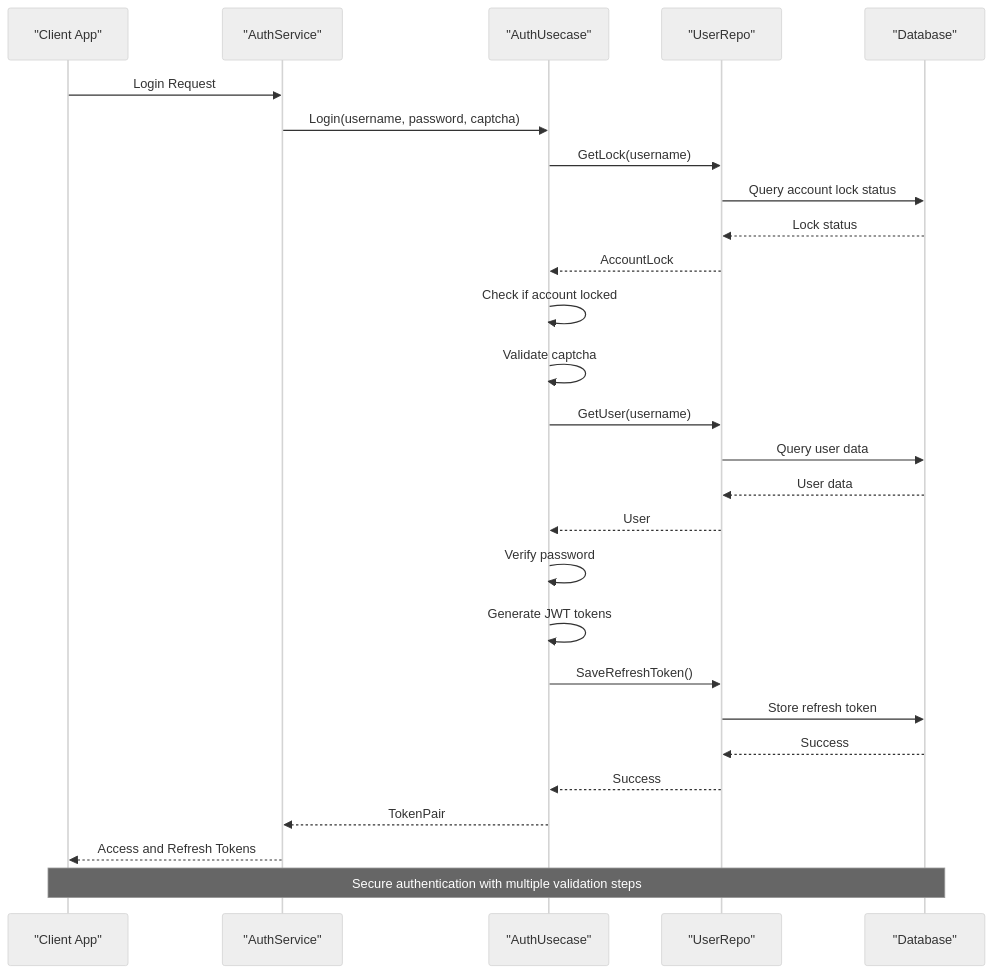
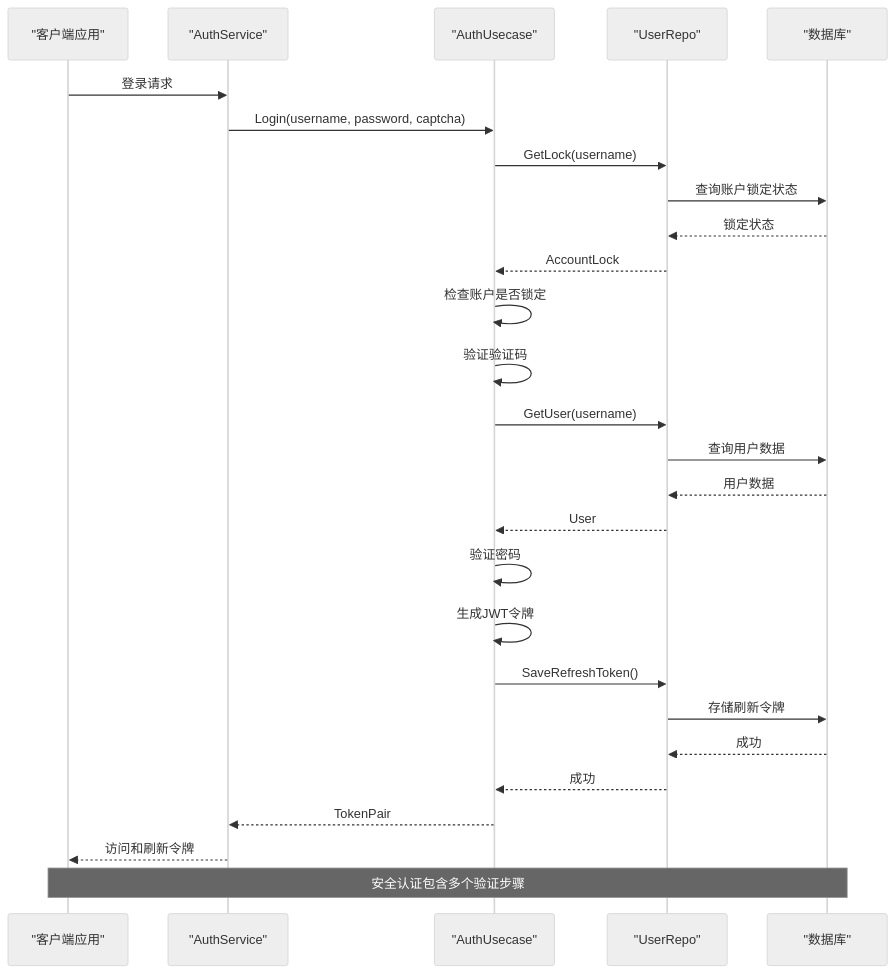
The sixth of 6 diagrams in .qoder/repowiki/zh/content/Security Considerations/Authentication Flow Security.md (26huitailang/kratos-boilerplate), drawn with Mermaid (neutral theme) before and after one commit. The commit also changed other lines of this file and 31 other files, not shown here.

````diff
--- a/.qoder/repowiki/zh/content/Security Considerations/Authentication Flow Security.md
+++ b/.qoder/repowiki/zh/content/Security Considerations/Authentication Flow Security.md
@@ -321,29 +329,29 @@
 ```mermaid
 sequenceDiagram
-participant Client as "Client App"
+participant Client as "客户端应用"
 participant AuthService as "AuthService"
 participant AuthUsecase as "AuthUsecase"
 participant UserRepo as "UserRepo"
-participant DB as "Database"
-Client->>AuthService : Login Request
+participant DB as "数据库"
+Client->>AuthService : 登录请求
 AuthService->>AuthUsecase : Login(username, password, captcha)
 AuthUsecase->>UserRepo : GetLock(username)
-UserRepo->>DB : Query account lock status
-DB-->>UserRepo : Lock status
+UserRepo->>DB : 查询账户锁定状态
+DB-->>UserRepo : 锁定状态
 UserRepo-->>AuthUsecase : AccountLock
-AuthUsecase->>AuthUsecase : Check if account locked
-AuthUsecase->>AuthUsecase : Validate captcha
+AuthUsecase->>AuthUsecase : 检查账户是否锁定
+AuthUsecase->>AuthUsecase : 验证验证码
 AuthUsecase->>UserRepo : GetUser(username)
-UserRepo->>DB : Query user data
-DB-->>UserRepo : User data
+UserRepo->>DB : 查询用户数据
+DB-->>UserRepo : 用户数据
 UserRepo-->>AuthUsecase : User
-AuthUsecase->>AuthUsecase : Verify password
-AuthUsecase->>AuthUsecase : Generate JWT tokens
+AuthUsecase->>AuthUsecase : 验证密码
+AuthUsecase->>AuthUsecase : 生成JWT令牌
 AuthUsecase->>UserRepo : SaveRefreshToken()
-UserRepo->>DB : Store refresh token
-DB-->>UserRepo : Success
-UserRepo-->>AuthUsecase : Success
+UserRepo->>DB : 存储刷新令牌
+DB-->>UserRepo : 成功
+UserRepo-->>AuthUsecase : 成功
 AuthUsecase-->>AuthService : TokenPair
-AuthService-->>Client : Access and Refresh Tokens
-Note over Client,DB : Secure authentication with multiple validation steps
+AuthService-->>Client : 访问和刷新令牌
+Note over Client,DB : 安全认证包含多个验证步骤
 ```
````
